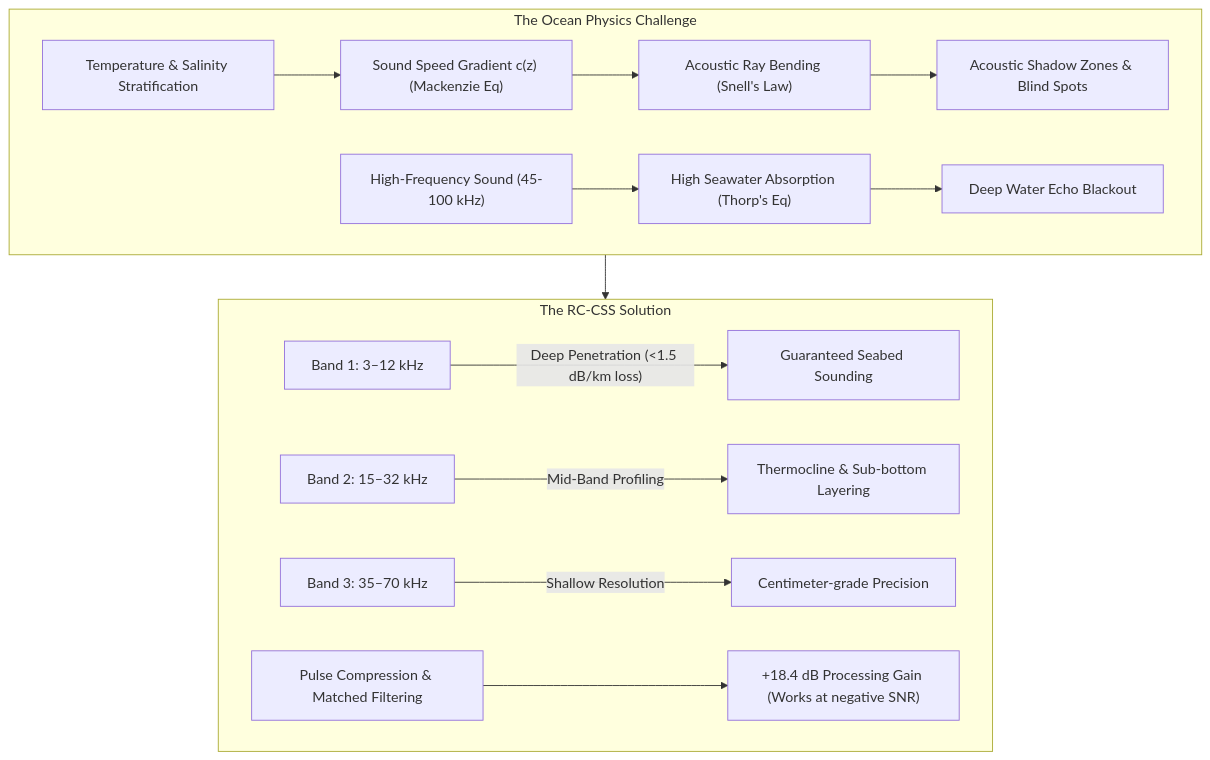
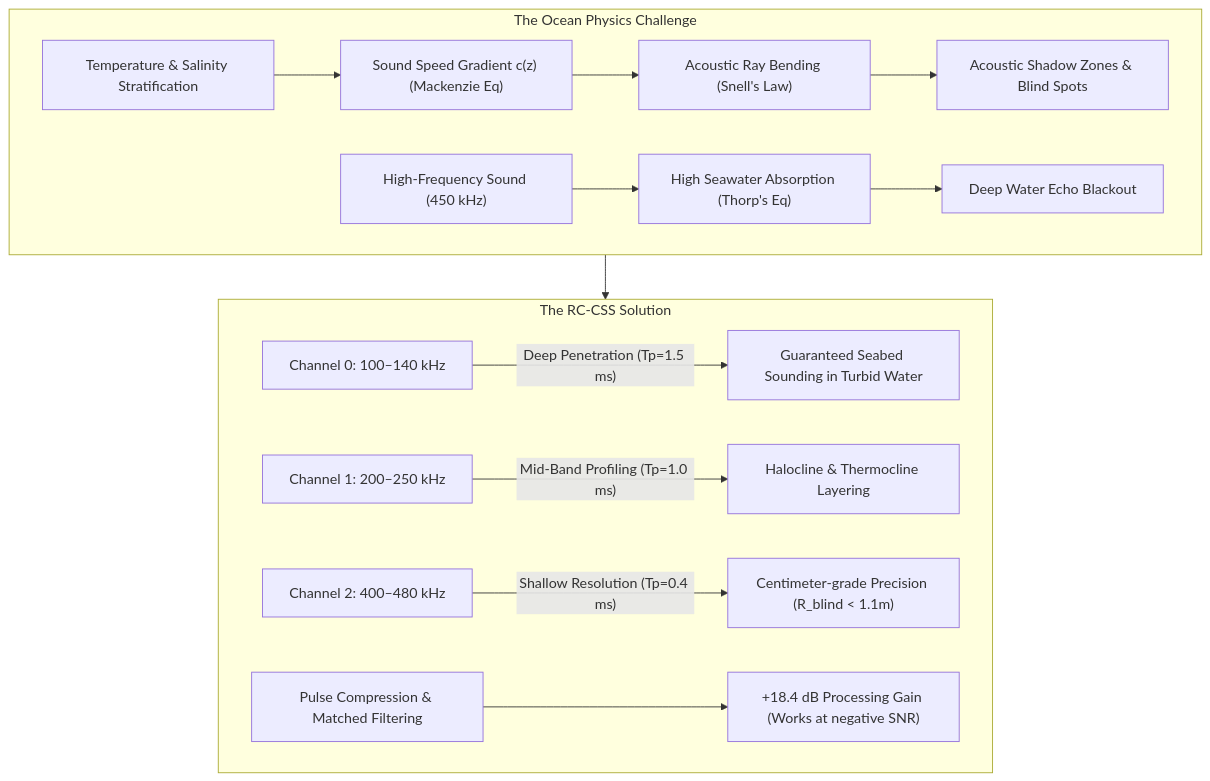
The diagram in PROJECT_OVERVIEW.md (seeramsujay/aqua-pulse), drawn with Mermaid before and after one commit. The commit also changed other lines of this file and 5 other files, not shown here.

````diff
--- a/PROJECT_OVERVIEW.md
+++ b/PROJECT_OVERVIEW.md
@@ -12,19 +12,19 @@
 ```mermaid
 flowchart TD
     subgraph Problem["The Ocean Physics Challenge"]
         A["Temperature & Salinity Stratification"] --> B["Sound Speed Gradient c(z) (Mackenzie Eq)"]
         B --> C["Acoustic Ray Bending (Snell's Law)"]
         C --> D["Acoustic Shadow Zones & Blind Spots"]
-        E["High-Frequency Sound (45-100 kHz)"] --> F["High Seawater Absorption (Thorp's Eq)"]
+        E["High-Frequency Sound (450 kHz)"] --> F["High Seawater Absorption (Thorp's Eq)"]
         F --> G["Deep Water Echo Blackout"]
     end
 
     subgraph Solution["The RC-CSS Solution"]
-        H["Band 1: 3–12 kHz"] -->|"Deep Penetration (<1.5 dB/km loss)"| K["Guaranteed Seabed Sounding"]
-        I["Band 2: 15–32 kHz"] -->|"Mid-Band Profiling"| L["Thermocline & Sub-bottom Layering"]
-        J["Band 3: 35–70 kHz"] -->|"Shallow Resolution"| M["Centimeter-grade Precision"]
+        H["Channel 0: 100–140 kHz"] -->|"Deep Penetration (Tp=1.5 ms)"| K["Guaranteed Seabed Sounding in Turbid Water"]
+        I["Channel 1: 200–250 kHz"] -->|"Mid-Band Profiling (Tp=1.0 ms)"| L["Halocline & Thermocline Layering"]
+        J["Channel 2: 400–480 kHz"] -->|"Shallow Resolution (Tp=0.4 ms)"| M["Centimeter-grade Precision (R_blind < 1.1m)"]
         N["Pulse Compression & Matched Filtering"] --> O["+18.4 dB Processing Gain (Works at negative SNR)"]
     end
 
     Problem --> Solution
 ```
````
